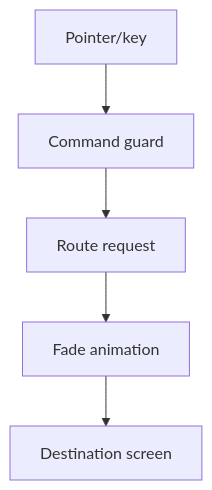
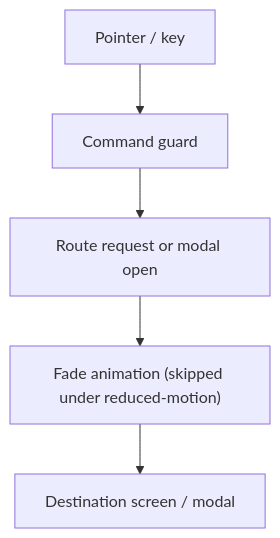
Before and after one commit to SunaNoOshiro/Heroes_Reforged_AI_Realms: the third of 5 diagrams in docs/architecture/wiki/screens/01-main-menu/architecture.md, drawn with Mermaid. The commit also changed other lines of this file and 518 other files, not shown here.

First line of the commit message:
Add doc-audit skill and sweep architecture/screen docs

````diff
--- a/docs/architecture/wiki/screens/01-main-menu/architecture.md
+++ b/docs/architecture/wiki/screens/01-main-menu/architecture.md
@@ -42,8 +48,7 @@
 ```mermaid
 flowchart TD
-  I0["Pointer/key"] --> I1
-  I1["Command guard"] --> I2
-  I2["Route request"] --> I3
-  I3["Fade animation"] --> I4
-  I4["Destination screen"]
+  I0["Pointer / key"] --> I1["Command guard"]
+  I1 --> I2["Route request or modal open"]
+  I2 --> I3["Fade animation (skipped under reduced-motion)"]
+  I3 --> I4["Destination screen / modal"]
 ```
````
